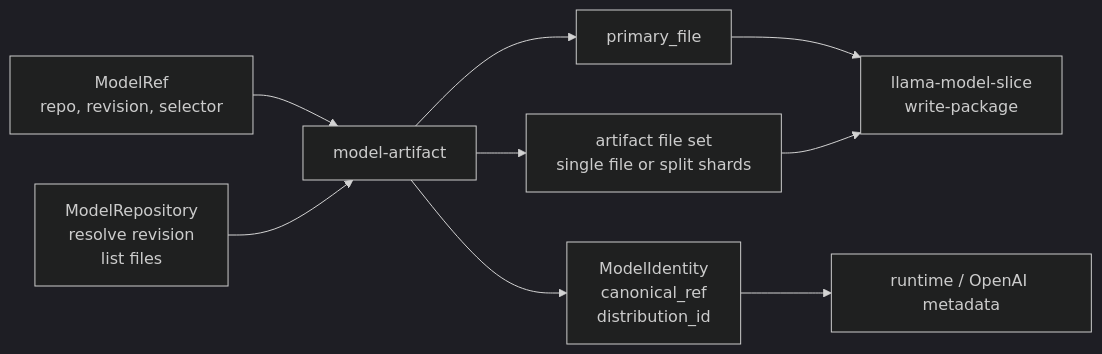
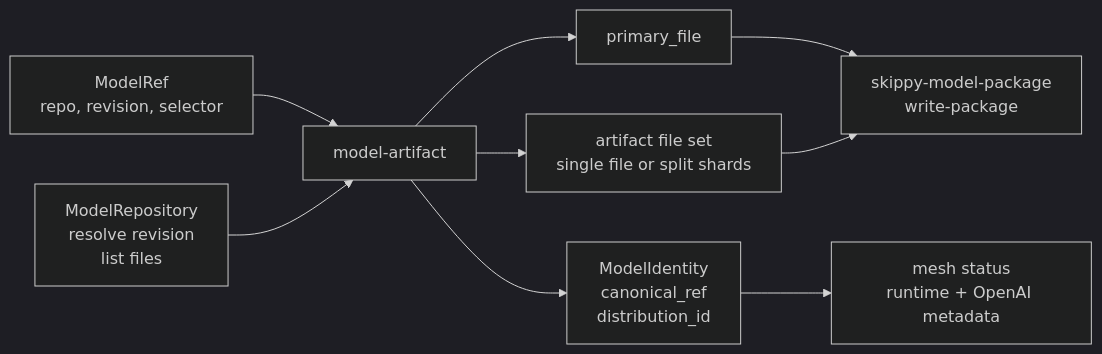
The diagram in crates/model-artifact/README.md (michaelneale/mesh-llm), drawn with Mermaid (dark theme) before and after one commit. The commit also changed other lines of this file and 16 other files, not shown here.

Commit message:
Refactor documentation across crates for mesh-driven architecture, OpenAI API integration, and staged runtime updates.

````diff
--- a/crates/model-artifact/README.md
+++ b/crates/model-artifact/README.md
@@ -15,11 +15,11 @@
 ```mermaid
 flowchart LR
     R["ModelRef<br/>repo, revision, selector"] --> A["model-artifact"]
     Repo["ModelRepository<br/>resolve revision<br/>list files"] --> A
     A --> P["primary_file"]
     A --> F["artifact file set<br/>single file or split shards"]
     A --> I["ModelIdentity<br/>canonical_ref<br/>distribution_id"]
-    P --> S["llama-model-slice<br/>write-package"]
+    P --> S["skippy-model-package<br/>write-package"]
     F --> S
-    I --> T["runtime / OpenAI metadata"]
+    I --> T["mesh status<br/>runtime + OpenAI metadata"]
 ```
````
